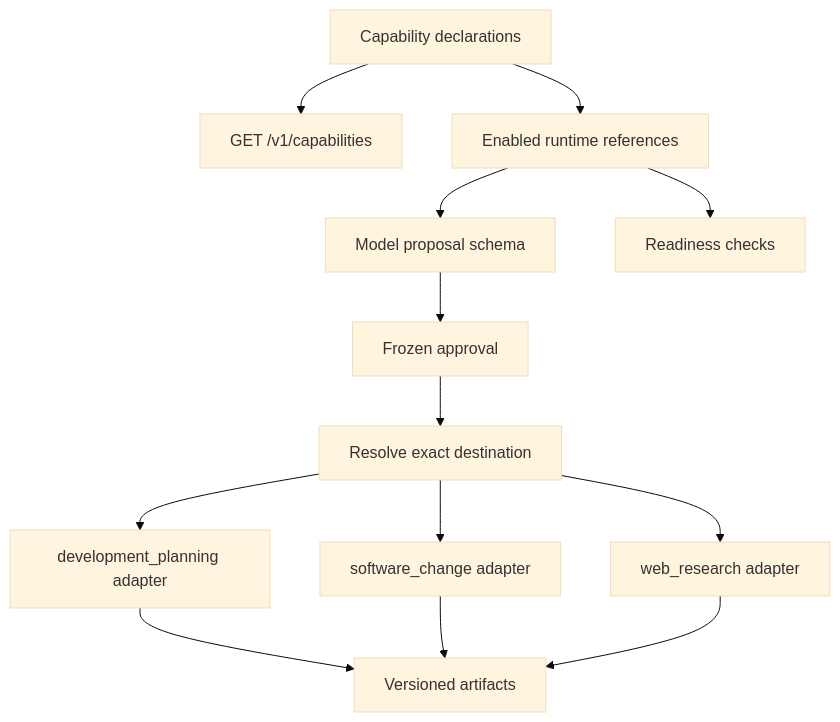
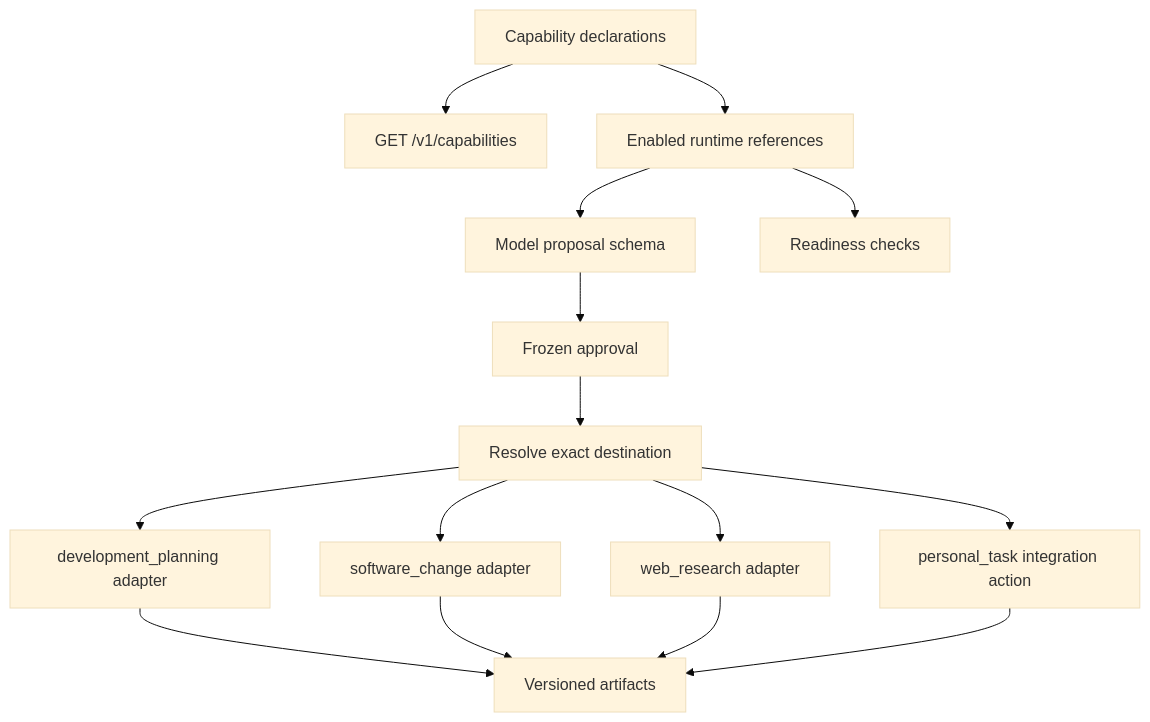
The seventh of 9 diagrams in docs/system-architecture.md (4romgod/vera), drawn with Mermaid (base theme) before and after one commit. The commit also changed other lines of this file and 58 other files, not shown here.

````diff
--- a/docs/system-architecture.md
+++ b/docs/system-architecture.md
@@ -466,15 +509,17 @@
 ```mermaid
 flowchart TD
     DECL["Capability declarations"] --> CAT["GET /v1/capabilities"]
     DECL --> ENABLED["Enabled runtime references"]
     ENABLED --> SCHEMA["Model proposal schema"]
     ENABLED --> READY["Readiness checks"]
     SCHEMA --> APPROVAL["Frozen approval"]
     APPROVAL --> RESOLVE["Resolve exact destination"]
     RESOLVE --> PLAN["development_planning adapter"]
     RESOLVE --> CHANGE["software_change adapter"]
     RESOLVE --> RESEARCH["web_research adapter"]
+    RESOLVE --> PERSONAL["personal_task integration action"]
     PLAN --> ARTIFACT["Versioned artifacts"]
     CHANGE --> ARTIFACT
     RESEARCH --> ARTIFACT
+    PERSONAL --> ARTIFACT
 ```
````
